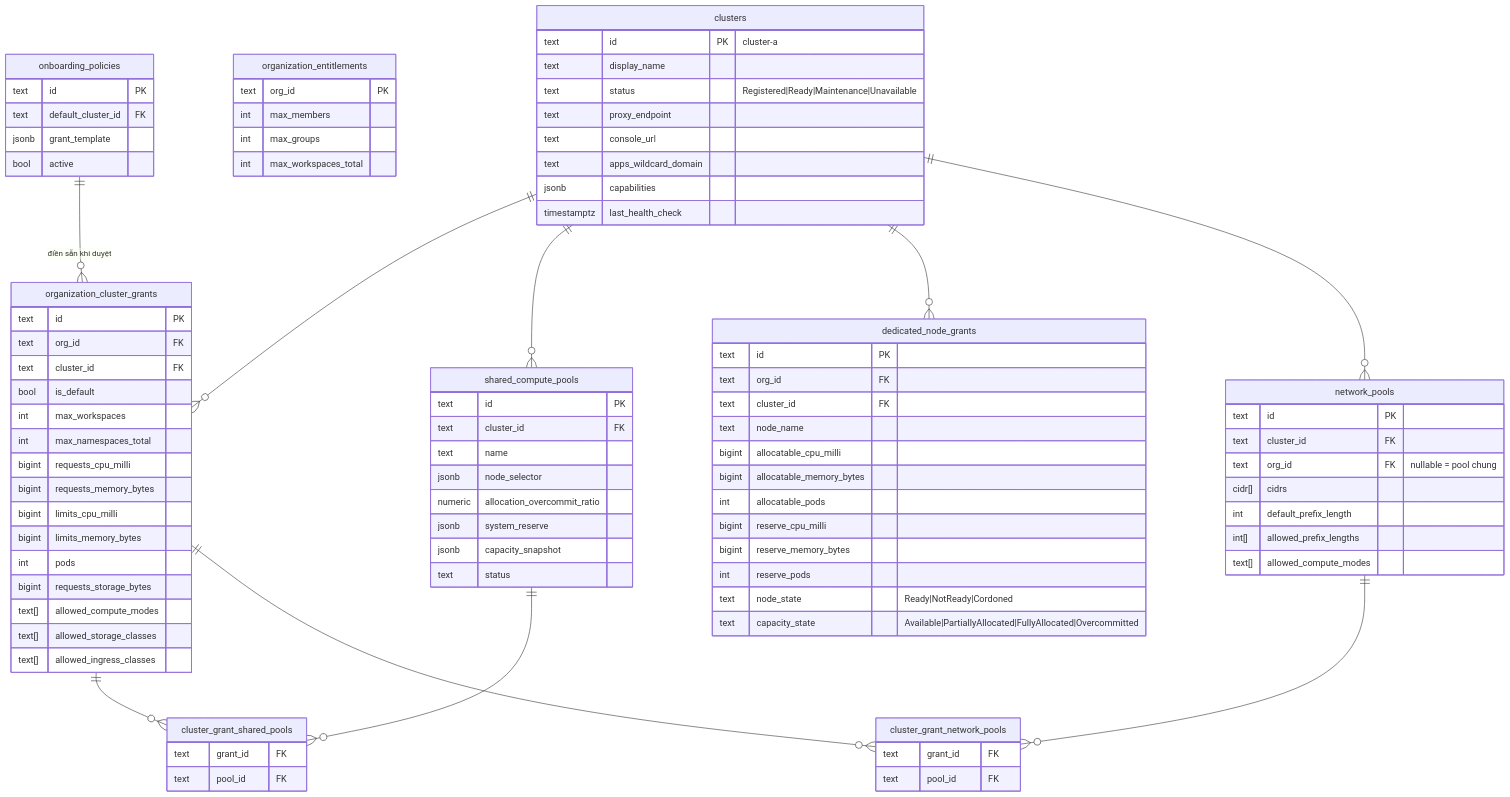
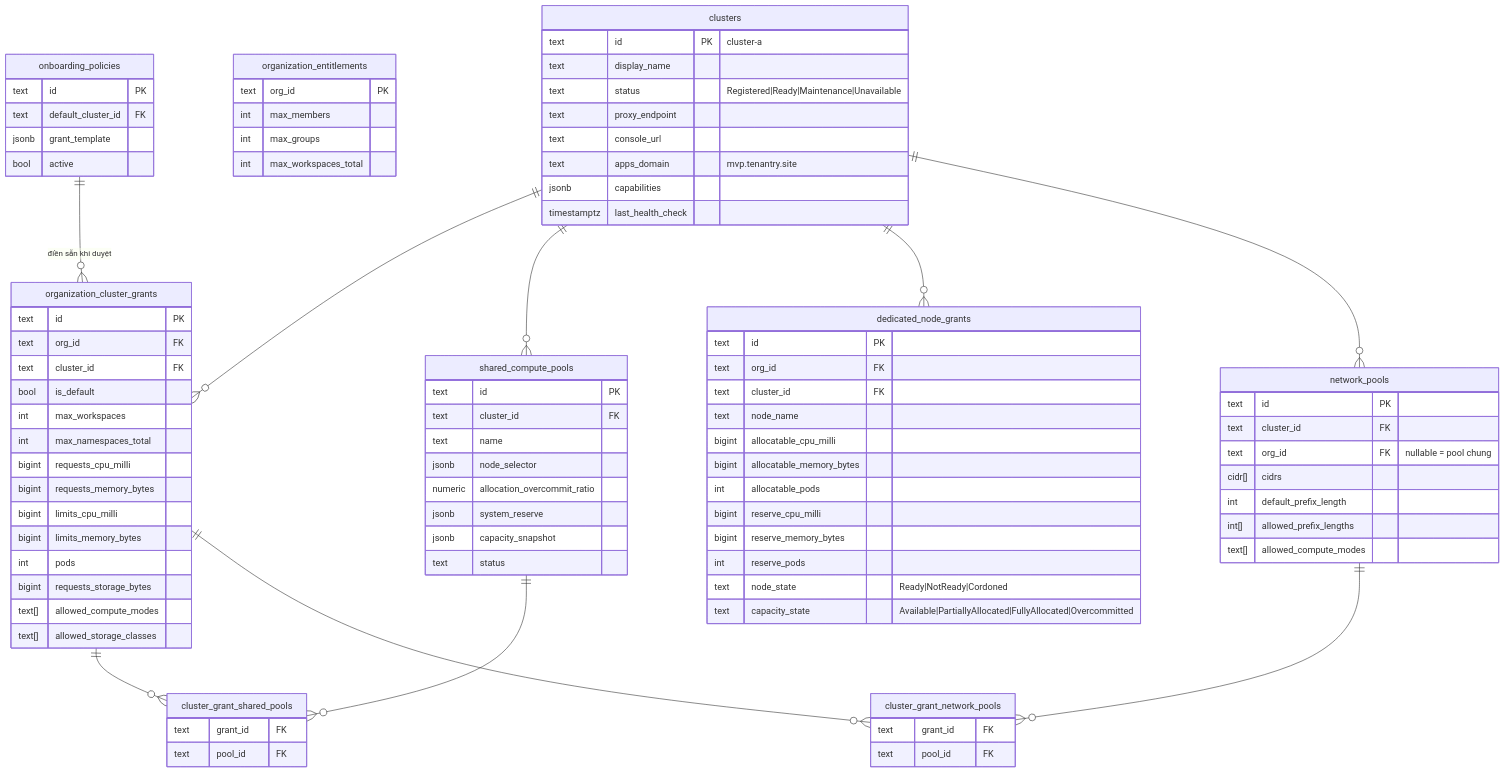
Before and after one commit to thaihoc1310/tenantry: the third of 5 diagrams in docs/architecture/02-data-model.md, drawn with Mermaid. The commit also changed other lines of this file and 10 other files, not shown here.

```diff
--- a/docs/architecture/02-data-model.md
+++ b/docs/architecture/02-data-model.md
@@ -187,7 +188,7 @@
     text status "Registered|Ready|Maintenance|Unavailable"
     text proxy_endpoint
     text console_url
-    text apps_wildcard_domain
+    text apps_domain "mvp.tenantry.site"
     jsonb capabilities
     timestamptz last_health_check
   }
@@ -218,7 +219,6 @@
     bigint requests_storage_bytes
     text[] allowed_compute_modes
     text[] allowed_storage_classes
-    text[] allowed_ingress_classes
   }
   shared_compute_pools {
     text id PK
```
